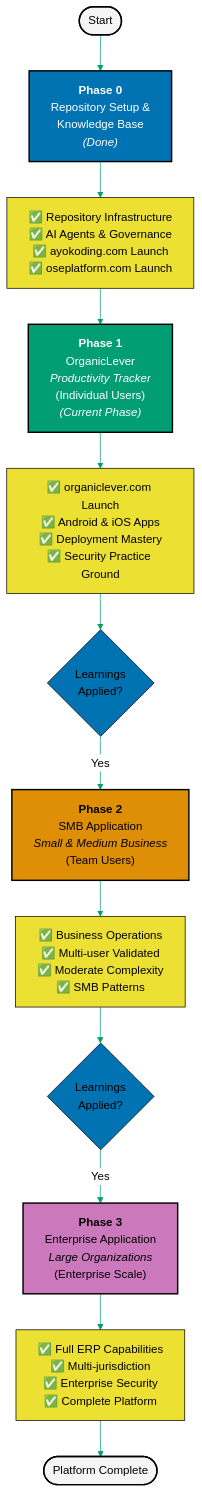
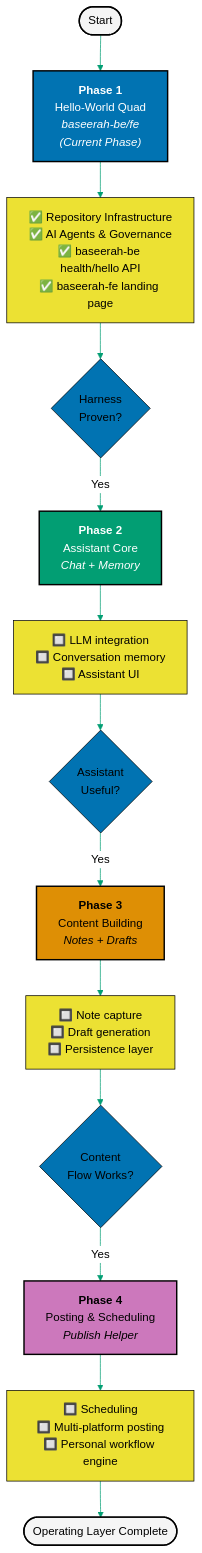
One commit to wahidyankf/baseerah changed the diagram in ROADMAP.md. Above: the diagram before and after it, drawn with Mermaid. The commit also changed other lines of this file and 21 other files, not shown here.

````diff
--- a/ROADMAP.md
+++ b/ROADMAP.md
@@ -5,37 +6,35 @@
 ```mermaid
 %%{init: {'theme':'base', 'themeVariables': { 'primaryColor':'#0173B2', 'primaryTextColor':'#000', 'primaryBorderColor':'#000', 'lineColor':'#029E73', 'secondaryColor':'#DE8F05', 'tertiaryColor':'#CC78BC', 'clusterBkg':'#f5f5f5', 'clusterBorder':'#000', 'edgeLabelBackground':'#fff'}}}%%
 graph TB
-    Start([Start]) --> Phase0
+    Start([Start]) --> Phase1
 
-    Phase0["<b>Phase 0</b><br/>Repository Setup &<br/>Knowledge Base<br/><i>(Done)</i>"]
-    Phase0 --> P0Output["✅ Repository Infrastructure<br/>✅ AI Agents & Governance<br/>✅ ayokoding.com Launch<br/>✅ oseplatform.com Launch"]
-    P0Output --> Phase1
-
-    Phase1["<b>Phase 1</b><br/>OrganicLever<br/><i>Productivity Tracker</i><br/>(Individual Users)<br/><i>(Current Phase)</i>"]
-    Phase1 --> P1Output["✅ organiclever.com Launch<br/>✅ Android & iOS Apps<br/>✅ Deployment Mastery<br/>✅ Security Practice Ground"]
-    P1Output --> Decision1{Learnings<br/>Applied?}
+    Phase1["<b>Phase 1</b><br/>Hello-World Quad<br/><i>baseerah-be/fe</i><br/><i>(Current Phase)</i>"]
+    Phase1 --> P1Output["✅ Repository Infrastructure<br/>✅ AI Agents & Governance<br/>✅ baseerah-be health/hello API<br/>✅ baseerah-fe landing page"]
+    P1Output --> Decision1{Harness<br/>Proven?}
     Decision1 -- Yes --> Phase2
 
-    Phase2["<b>Phase 2</b><br/>SMB Application<br/><i>Small & Medium Business</i><br/>(Team Users)"]
-    Phase2 --> P2Output["✅ Business Operations<br/>✅ Multi-user Validated<br/>✅ Moderate Complexity<br/>✅ SMB Patterns"]
-    P2Output --> Decision2{Learnings<br/>Applied?}
+    Phase2["<b>Phase 2</b><br/>Assistant Core<br/><i>Chat + Memory</i>"]
+    Phase2 --> P2Output["🔲 LLM integration<br/>🔲 Conversation memory<br/>🔲 Assistant UI"]
+    P2Output --> Decision2{Assistant<br/>Useful?}
     Decision2 -- Yes --> Phase3
 
-    Phase3["<b>Phase 3</b><br/>Enterprise Application<br/><i>Large Organizations</i><br/>(Enterprise Scale)"]
-    Phase3 --> P3Output["✅ Full ERP Capabilities<br/>✅ Multi-jurisdiction<br/>✅ Enterprise Security<br/>✅ Complete Platform"]
+    Phase3["<b>Phase 3</b><br/>Content Building<br/><i>Notes + Drafts</i>"]
+    Phase3 --> P3Output["🔲 Note capture<br/>🔲 Draft generation<br/>🔲 Persistence layer"]
+    P3Output --> Decision3{Content<br/>Flow Works?}
+    Decision3 -- Yes --> Phase4
 
-    P3Output --> End([Platform Complete])
+    Phase4["<b>Phase 4</b><br/>Posting & Scheduling<br/><i>Publish Helper</i>"]
+    Phase4 --> P4Output["🔲 Scheduling<br/>🔲 Multi-platform posting<br/>🔲 Personal workflow engine"]
 
-    style Phase0 fill:#0173B2,stroke:#000,stroke-width:2px,color:#fff
-    style Phase1 fill:#029E73,stroke:#000,stroke-width:2px,color:#fff
-    style Phase2 fill:#DE8F05,stroke:#000,stroke-width:2px,color:#000
-    style Phase3 fill:#CC78BC,stroke:#000,stroke-width:2px,color:#000
+    P4Output --> End([Operating Layer Complete])
+
+    style Phase1 fill:#0173B2,stroke:#000,stroke-width:2px,color:#fff
+    style Phase2 fill:#029E73,stroke:#000,stroke-width:2px,color:#fff
+    style Phase3 fill:#DE8F05,stroke:#000,stroke-width:2px,color:#000
+    style Phase4 fill:#CC78BC,stroke:#000,stroke-width:2px,color:#000
     style Start fill:#f5f5f5,stroke:#000,stroke-width:2px
     style End fill:#f5f5f5,stroke:#000,stroke-width:2px
 
     classDef outputStyle fill:#ECE133,stroke:#000,stroke-width:1px,color:#000
-    class P0Output,P1Output,P2Output,P3Output outputStyle
-
-    classDef asNeededStyle fill:#56B4E9,stroke:#000,stroke-width:1px,stroke-dasharray: 5 5,color:#000
-    class Sharia1,Sharia2,Sharia3,Security1,Security2,Security3 asNeededStyle
+    class P1Output,P2Output,P3Output,P4Output outputStyle
 ```
````
